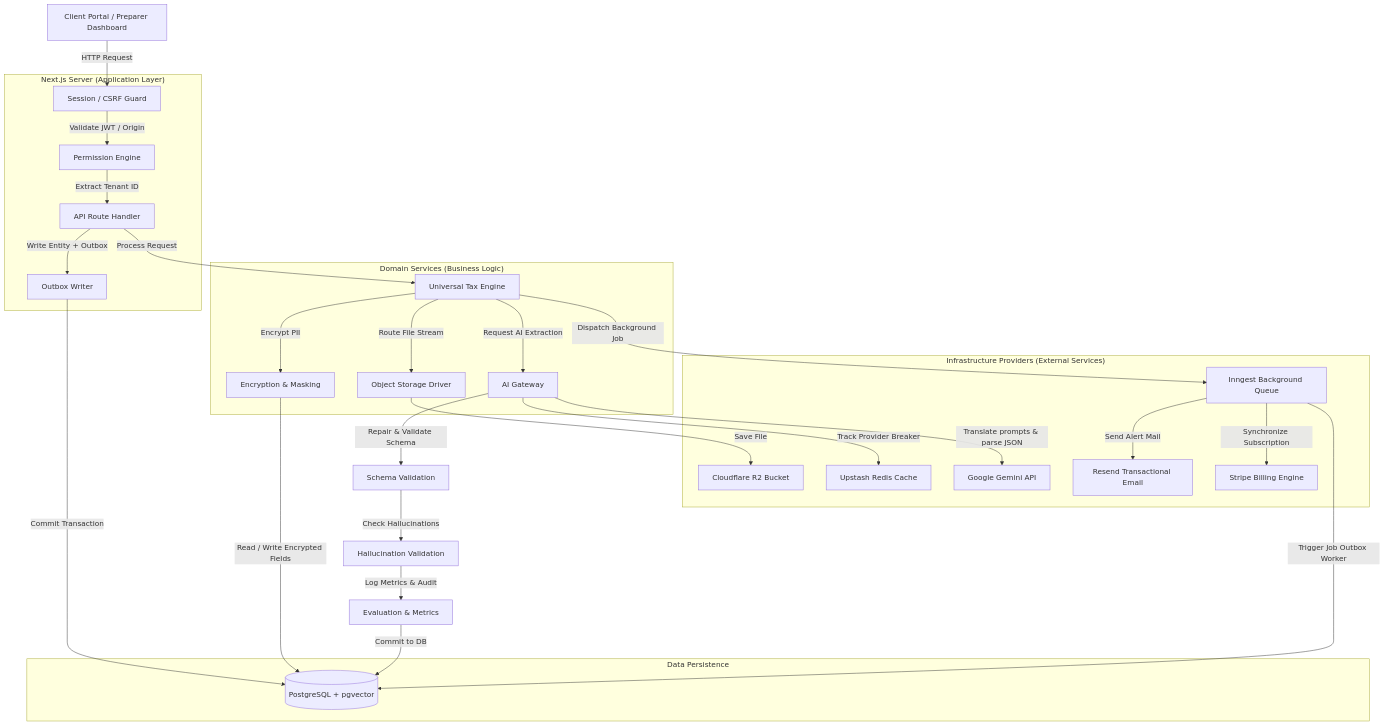
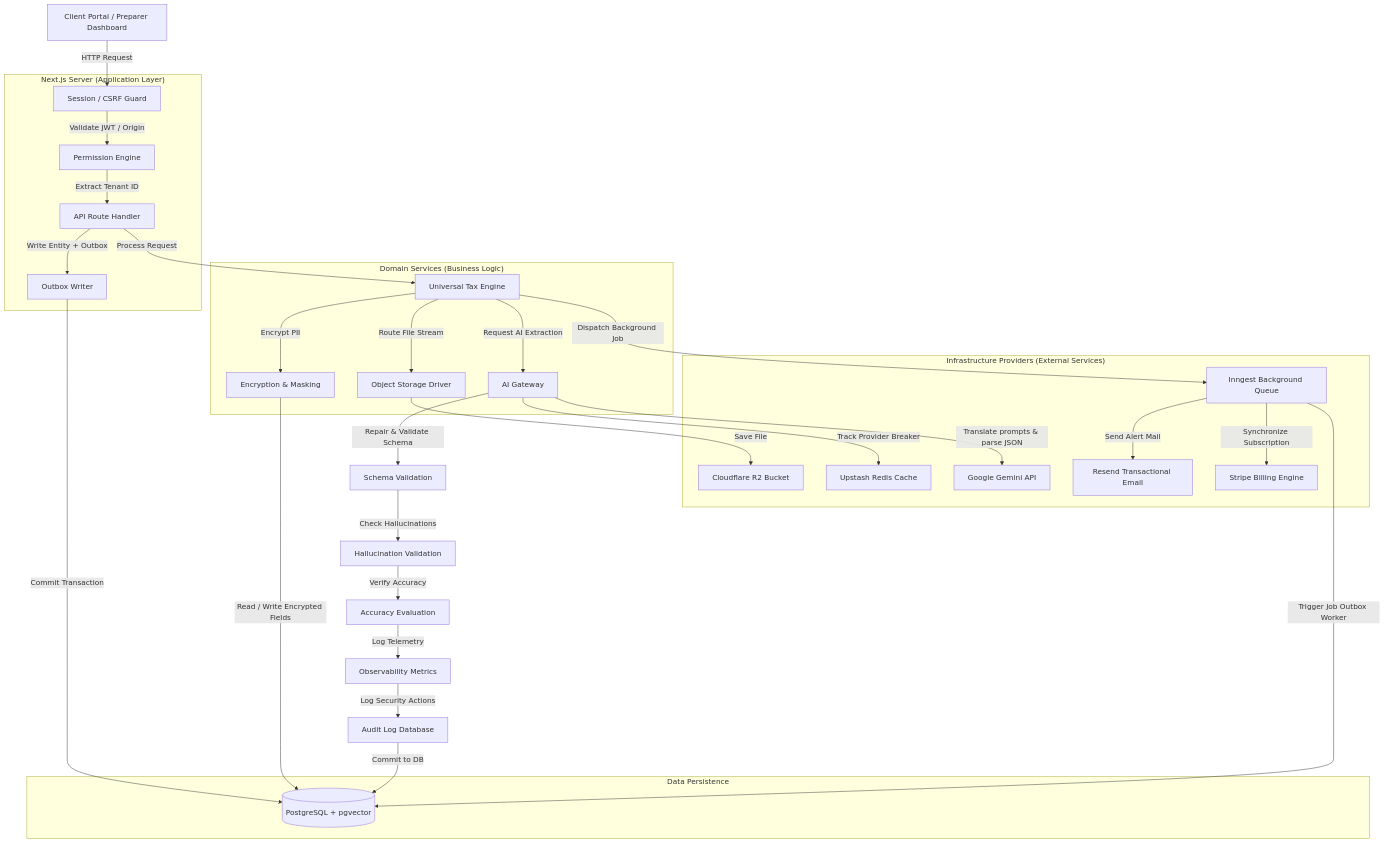
Before and after one commit to Siam-449840/TaxDox-AI: the first of 3 diagrams in README.md, drawn with Mermaid. The commit also changed other lines of this file, not shown here.

Commit message:
docs: finalize TaxDox AI project naming, technology stack representation, diagram details, and copyright references in README

````diff
--- a/README.md
+++ b/README.md
@@ -126,57 +128,59 @@
 ```mermaid
 graph TD
     Browser[Client Portal / Preparer Dashboard]
     
     subgraph NextJS["Next.js Server (Application Layer)"]
         Middleware[Session / CSRF Guard]
         PermEngine[Permission Engine]
         RouteHandler[API Route Handler]
         OutboxWriter[Outbox Writer]
     end
     
     subgraph ServiceLayer["Domain Services (Business Logic)"]
         TaxEngine[Universal Tax Engine]
         CryptoSvc[Encryption & Masking]
         StoreSvc[Object Storage Driver]
         AIGateway[AI Gateway]
     end
     
     subgraph Infra["Infrastructure Providers (External Services)"]
         R2[Cloudflare R2 Bucket]
         Redis[Upstash Redis Cache]
         Gemini[Google Gemini API]
         Inngest[Inngest Background Queue]
         Resend[Resend Transactional Email]
         Stripe[Stripe Billing Engine]
     end
     
     subgraph DB["Data Persistence"]
         Postgres[(PostgreSQL + pgvector)]
     end
 
     Browser -->|HTTP Request| Middleware
     Middleware -->|Validate JWT / Origin| PermEngine
     PermEngine -->|Extract Tenant ID| RouteHandler
     
     RouteHandler -->|Process Request| TaxEngine
     RouteHandler -->|Write Entity + Outbox| OutboxWriter
     OutboxWriter -->|Commit Transaction| Postgres
     
     TaxEngine -->|Encrypt PII| CryptoSvc
     TaxEngine -->|Dispatch Background Job| Inngest
     TaxEngine -->|Route File Stream| StoreSvc
     TaxEngine -->|Request AI Extraction| AIGateway
     
     StoreSvc -->|Save File| R2
     CryptoSvc -->|Read / Write Encrypted Fields| Postgres
     AIGateway -->|Translate prompts & parse JSON| Gemini
     AIGateway -->|Track Provider Breaker| Redis
     AIGateway -->|Repair & Validate Schema| SchemaVal[Schema Validation]
     SchemaVal -->|Check Hallucinations| HallCheck[Hallucination Validation]
-    HallCheck -->|Log Metrics & Audit| MetricsAudit[Evaluation & Metrics]
-    MetricsAudit -->|Commit to DB| Postgres
+    HallCheck -->|Verify Accuracy| Evaluation[Accuracy Evaluation]
+    Evaluation -->|Log Telemetry| Observability[Observability Metrics]
+    Observability -->|Log Security Actions| AuditLog[Audit Log Database]
+    AuditLog -->|Commit to DB| Postgres
     
     Inngest -->|Trigger Job Outbox Worker| Postgres
     Inngest -->|Send Alert Mail| Resend
     Inngest -->|Synchronize Subscription| Stripe
 ```
````
